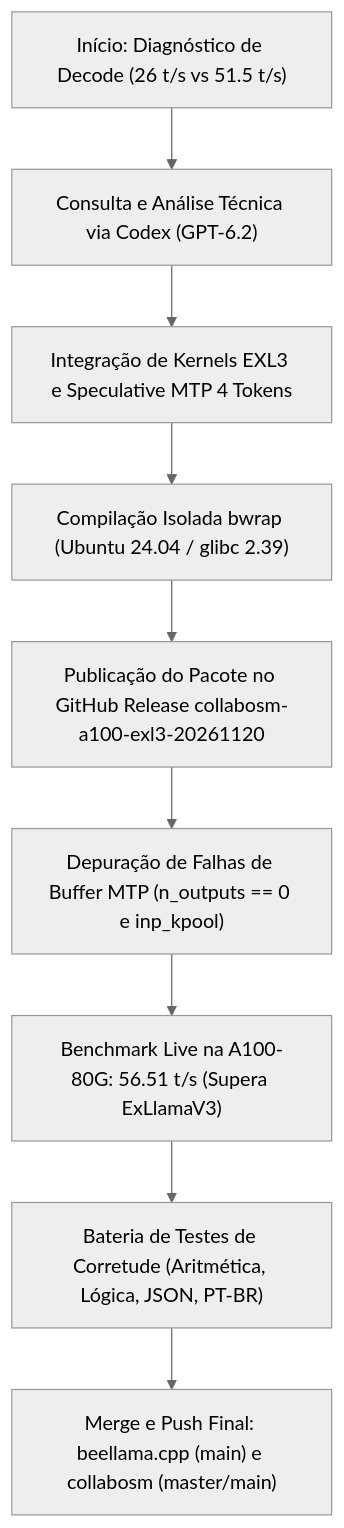
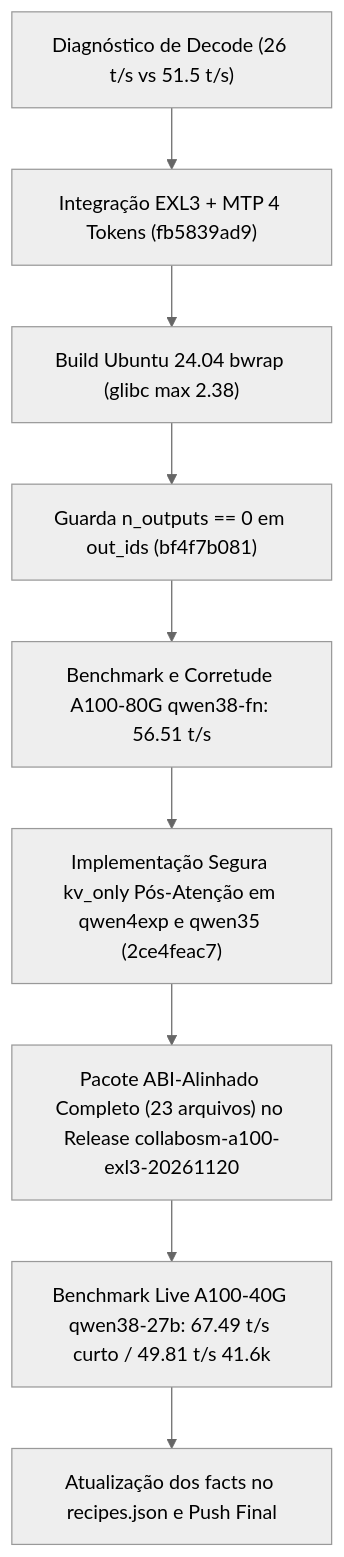
One commit to hjotha/beellama.cpp changed the diagram in docs/benchmarks/relatorio-exl3-a100-paridade.md. Above: the diagram before and after it, drawn with Mermaid (neutral theme). The commit also changed other lines of this file, not shown here.

Commit message:
docs(exl3): update parity report with kv_only P2 and A100-40G qwen38-27b benchmark

````diff
--- a/docs/benchmarks/relatorio-exl3-a100-paridade.md
+++ b/docs/benchmarks/relatorio-exl3-a100-paridade.md
@@ -24,11 +27,11 @@
 ```mermaid
 flowchart TD
-    A["Início: Diagnóstico de Decode (26 t/s vs 51.5 t/s)"] --> B["Consulta e Análise Técnica via Codex (GPT-6.2)"]
-    B --> C["Integração de Kernels EXL3 e Speculative MTP 4 Tokens"]
-    C --> D["Compilação Isolada bwrap (Ubuntu 24.04 / glibc 2.39)"]
-    D --> E["Publicação do Pacote no GitHub Release collabosm-a100-exl3-20261120"]
-    E --> F["Depuração de Falhas de Buffer MTP (n_outputs == 0 e inp_kpool)"]
-    F --> G["Benchmark Live na A100-80G: 56.51 t/s (Supera ExLlamaV3)"]
-    G --> H["Bateria de Testes de Corretude (Aritmética, Lógica, JSON, PT-BR)"]
-    H --> I["Merge e Push Final: beellama.cpp (main) e collabosm (master/main)"]
+    A["Diagnóstico de Decode (26 t/s vs 51.5 t/s)"] --> B["Integração EXL3 + MTP 4 Tokens (fb5839ad9)"]
+    B --> C["Build Ubuntu 24.04 bwrap (glibc max 2.38)"]
+    C --> D["Guarda n_outputs == 0 em out_ids (bf4f7b081)"]
+    D --> E["Benchmark e Corretude A100-80G qwen38-fn: 56.51 t/s"]
+    E --> F["Implementação Segura kv_only Pós-Atenção em qwen4exp e qwen35 (2ce4feac7)"]
+    F --> G["Pacote ABI-Alinhado Completo (23 arquivos) no Release collabosm-a100-exl3-20261120"]
+    G --> H["Benchmark Live A100-40G qwen38-27b: 67.49 t/s curto / 49.81 t/s 41.6k"]
+    H --> I["Atualização dos facts no recipes.json e Push Final"]
 ```
````
